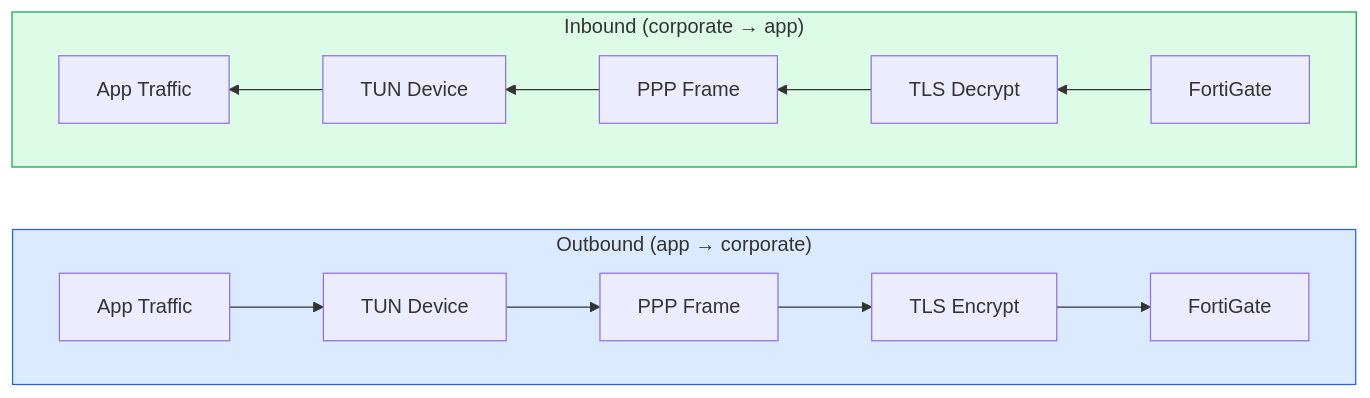
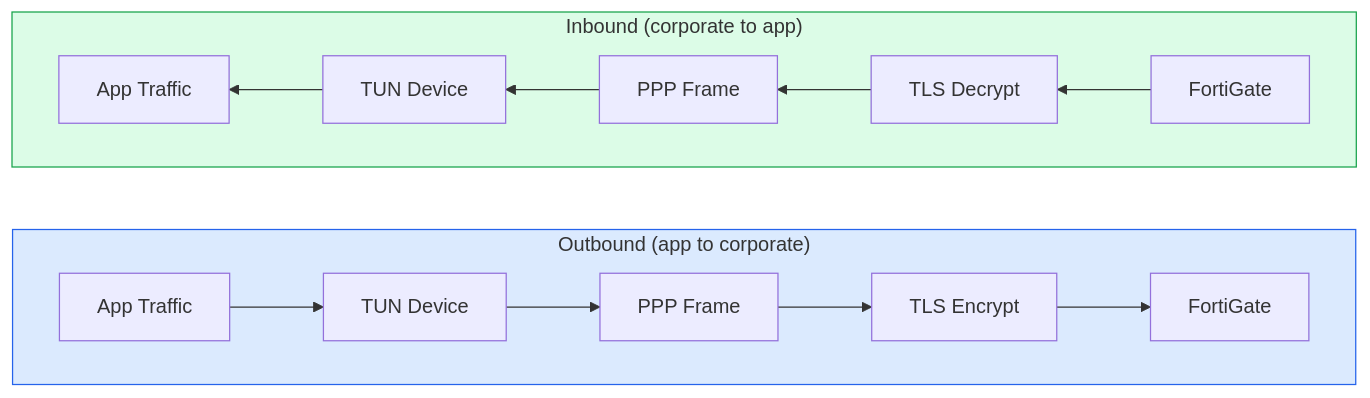
Before and after one commit to ktutnik/fortivpn-tray: the sixth of 8 diagrams in README.md, drawn with Mermaid. The commit also changed other lines of this file, not shown here.

Commit message:
docs: update README for Swift UI + Rust daemon architecture

````diff
--- a/README.md
+++ b/README.md
@@ -311,21 +341,21 @@
 ```mermaid
 graph LR
-    subgraph outbound["Outbound (app → corporate)"]
+    subgraph outbound["Outbound (app to corporate)"]
         direction LR
         A1["App Traffic"] --> T1["TUN Device"]
         T1 --> P1["PPP Frame"]
         P1 --> E1["TLS Encrypt"]
         E1 --> G1["FortiGate"]
     end
 
-    subgraph inbound["Inbound (corporate → app)"]
+    subgraph inbound["Inbound (corporate to app)"]
         direction RL
         G2["FortiGate"] --> D2["TLS Decrypt"]
         D2 --> P2["PPP Frame"]
         P2 --> T2["TUN Device"]
         T2 --> A2["App Traffic"]
     end
 
     style outbound fill:#dbeafe,stroke:#2563eb
     style inbound fill:#dcfce7,stroke:#16a34a
 ```
````
